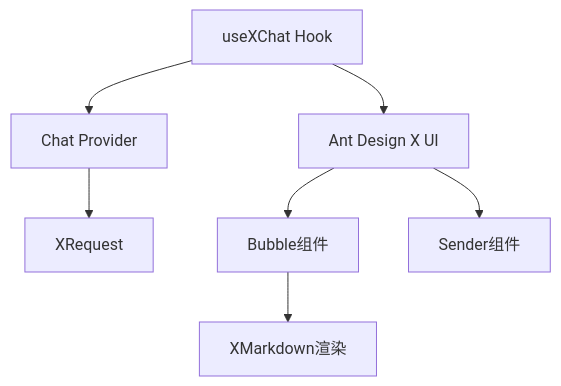
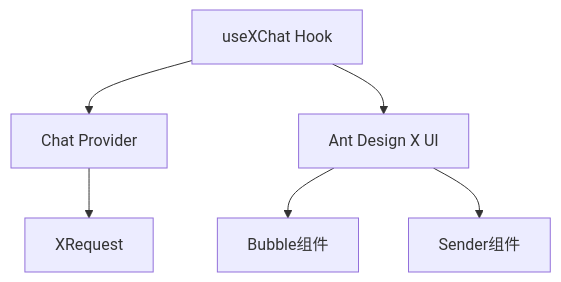
Before and after one commit to ant-design/x: the diagram in packages/x-skill/skills-zh/use-x-chat/SKILL.md, drawn with Mermaid. The commit also changed other lines of this file and 5 other files, not shown here.

````diff
--- a/packages/x-skill/skills-zh/use-x-chat/SKILL.md
+++ b/packages/x-skill/skills-zh/use-x-chat/SKILL.md
@@ -157,9 +157,8 @@
 ```mermaid
 graph TD
     A[useXChat Hook] --> B[Chat Provider]
     B --> C[XRequest]
     A --> D[Ant Design X UI]
     D --> E[Bubble组件]
     D --> F[Sender组件]
-    E --> G[XMarkdown渲染]
 ```
````
